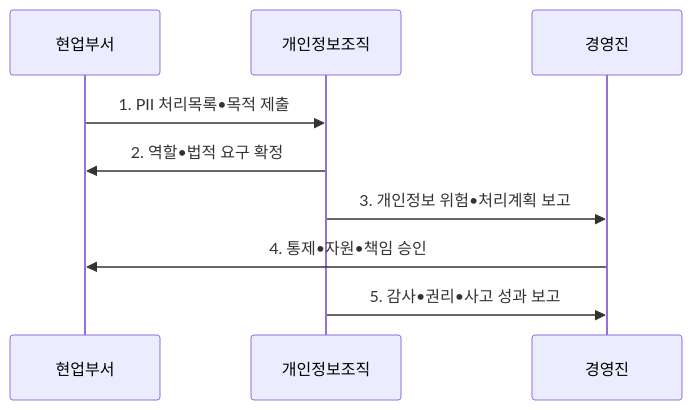
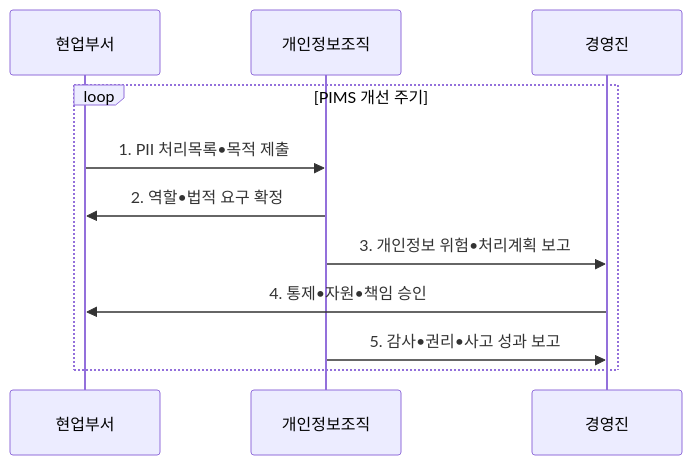
One commit to agnusdei1207/knowledge-base changed the second of 2 diagrams in src/content/docs/notes/07-law-policy/030_iso_27701.md. Above: the diagram before and after it, drawn with Mermaid. The commit also changed other lines of this file and 20 other files, not shown here.

````diff
--- a/src/content/docs/notes/07-law-policy/030_iso_27701.md
+++ b/src/content/docs/notes/07-law-policy/030_iso_27701.md
@@ -103,11 +103,13 @@
 ```mermaid
 sequenceDiagram
     participant 현업부서
     participant 개인정보조직
     participant 경영진
-    현업부서->>개인정보조직: 1. PII 처리목록•목적 제출
-    개인정보조직->>현업부서: 2. 역할•법적 요구 확정
-    개인정보조직->>경영진: 3. 개인정보 위험•처리계획 보고
-    경영진->>현업부서: 4. 통제•자원•책임 승인
-    개인정보조직->>경영진: 5. 감사•권리•사고 성과 보고
+    loop PIMS 개선 주기
+        현업부서->>개인정보조직: 1. PII 처리목록•목적 제출
+        개인정보조직->>현업부서: 2. 역할•법적 요구 확정
+        개인정보조직->>경영진: 3. 개인정보 위험•처리계획 보고
+        경영진->>현업부서: 4. 통제•자원•책임 승인
+        개인정보조직->>경영진: 5. 감사•권리•사고 성과 보고
+    end
 ```
````
